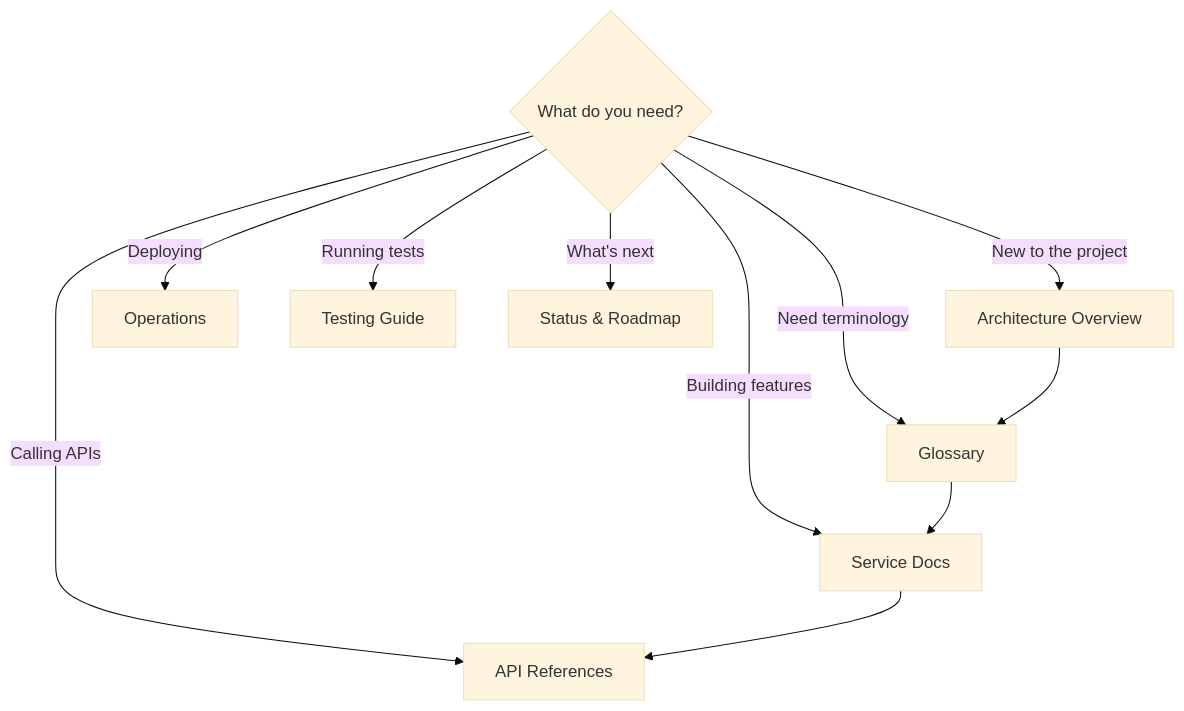
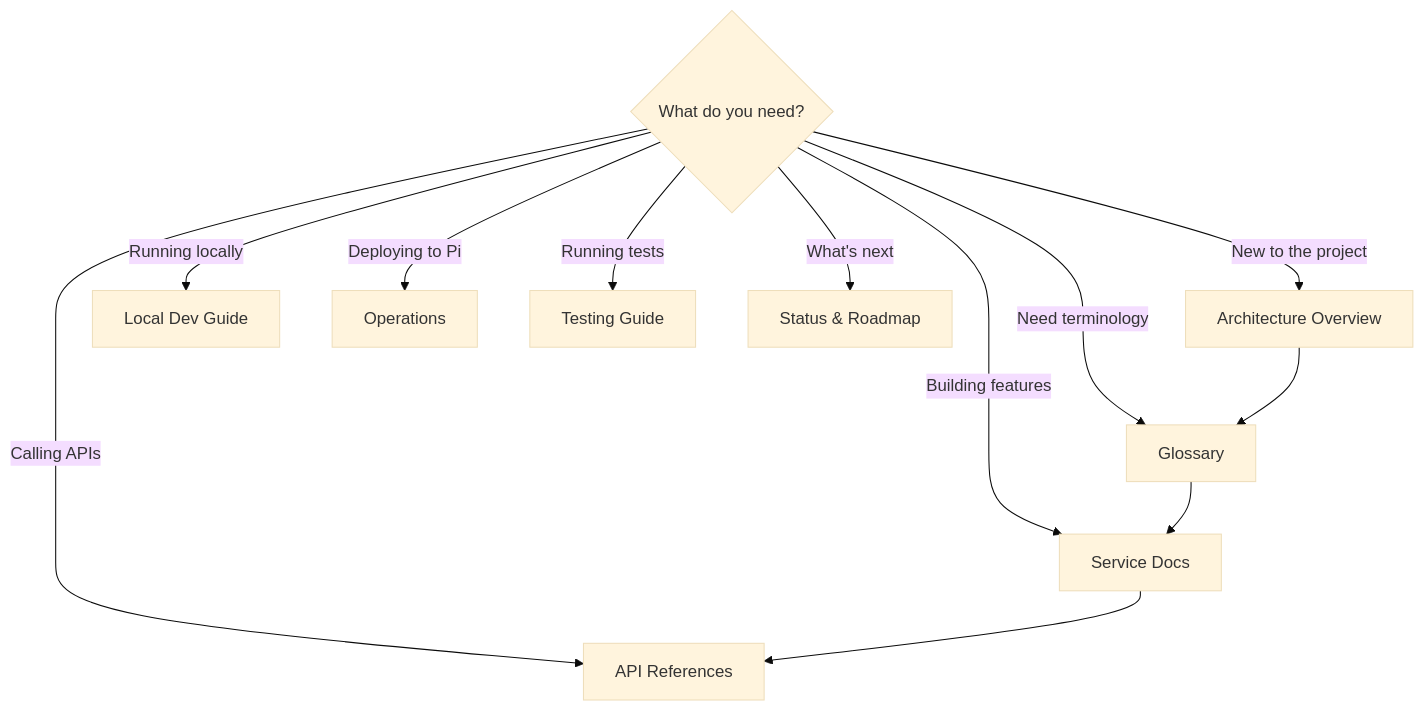
One commit to fergouchyahya/IDS changed the diagram in docs/README.md. Above: the diagram before and after it, drawn with Mermaid (base theme). The commit also changed other lines of this file and 42 other files, not shown here.

````diff
--- a/docs/README.md
+++ b/docs/README.md
@@ -9,23 +9,25 @@
 ```mermaid
 flowchart TD
     Start{What do you need?}
 
     Start -->|New to the project| A[Architecture Overview]
     Start -->|Need terminology| B[Glossary]
     Start -->|Building features| C[Service Docs]
     Start -->|Calling APIs| D[API References]
-    Start -->|Deploying| E[Operations]
+    Start -->|Running locally| H[Local Dev Guide]
+    Start -->|Deploying to Pi| E[Operations]
     Start -->|Running tests| F[Testing Guide]
     Start -->|What's next| G[Status & Roadmap]
 
     A --> B
     B --> C
     C --> D
 
     click A "architecture/overview.md"
     click B "glossary.md"
     click D "api/admin.md"
+    click H "operations/local-development.md"
     click E "operations/deployment-pi.md"
     click F "testing.md"
     click G "status.md"
 ```
````
